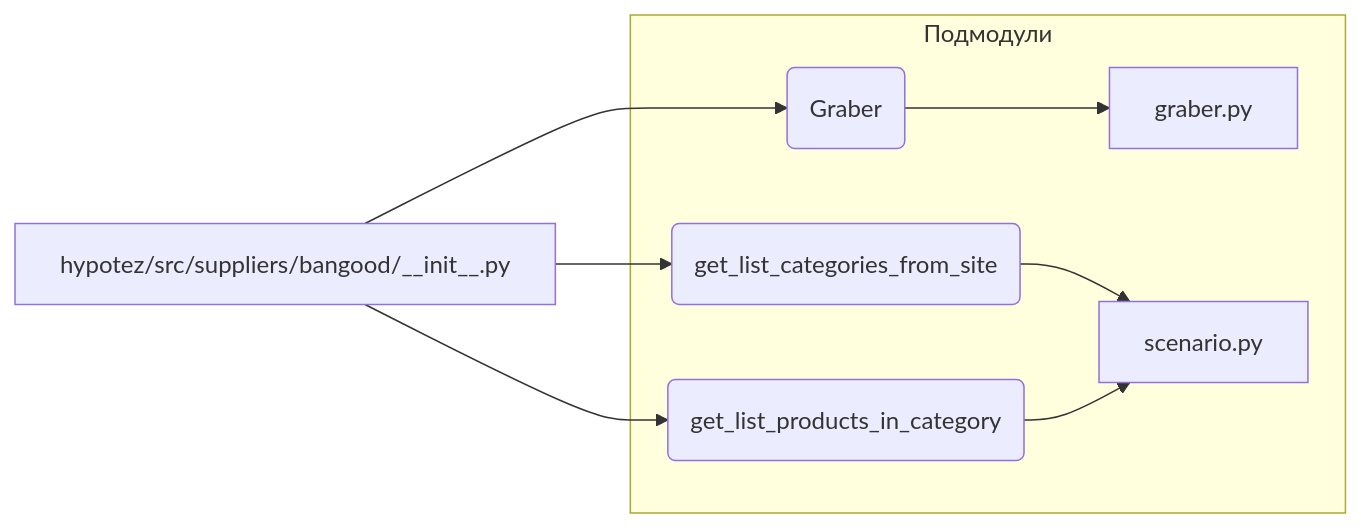
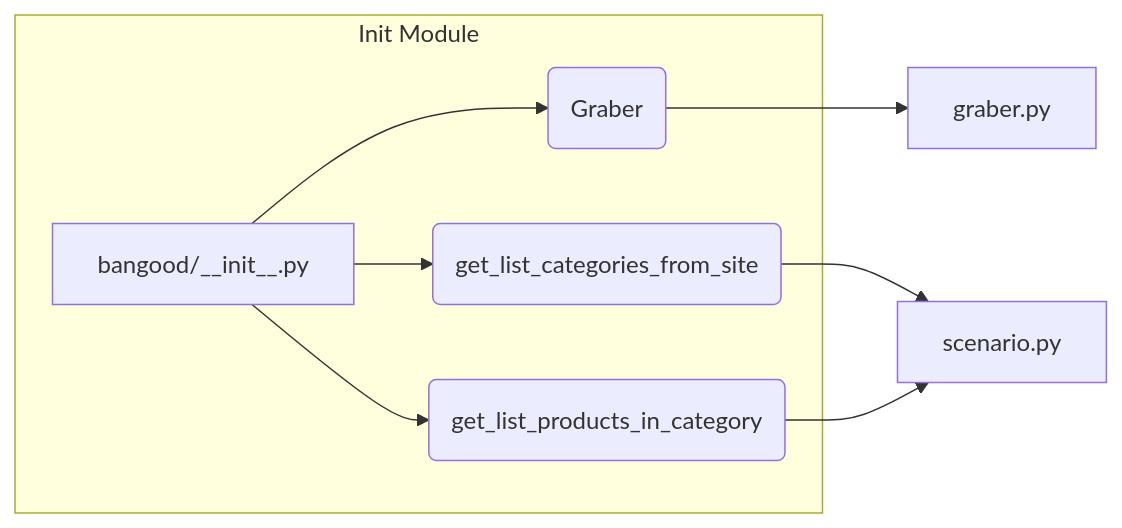
One commit to hypo69/hypo changed the diagram in docs/gemini/ru/explainer/src/suppliers/bangood/__init__.md. Above: the diagram before and after it, drawn with Mermaid. The commit also changed other lines of this file and 468 other files, not shown here.

````diff
--- a/docs/gemini/ru/explainer/src/suppliers/bangood/__init__.md
+++ b/docs/gemini/ru/explainer/src/suppliers/bangood/__init__.md
@@ -36,11 +29,12 @@
 ```mermaid
 graph LR
-    A[hypotez/src/suppliers/bangood/__init__.py] --> B(Graber);
-    A --> C(get_list_categories_from_site);
-    A --> D(get_list_products_in_category);
-    subgraph "Подмодули"
-        B --> E[graber.py];
-        C --> F[scenario.py];
-        D --> F;
+    subgraph Init Module
+        A[bangood/__init__.py] --> B(Graber);
+        A --> C(get_list_categories_from_site);
+        A --> D(get_list_products_in_category);
     end
+    
+    B --> E[graber.py];
+    C --> F[scenario.py];
+    D --> F;
 ```
````
